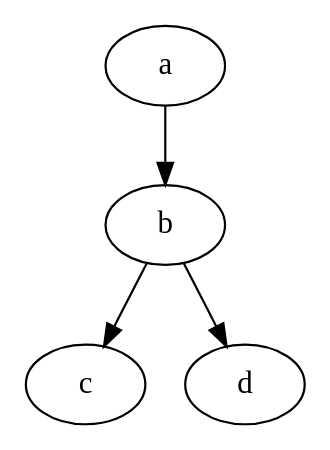
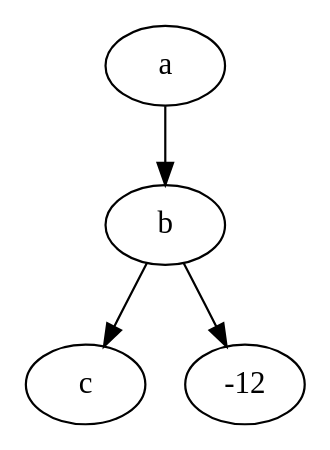
The diagram in test.dot (thomasm4/MarkovChainToCnf), drawn with Graphviz before and after one commit. The commit also changed 12 other files, not shown here.

```diff
--- a/test.dot
+++ b/test.dot
@@ -1,4 +1,4 @@
 digraph graphname {
     a -> b -> c;
-    b -> d;
+    b -> -12;
 }
```
